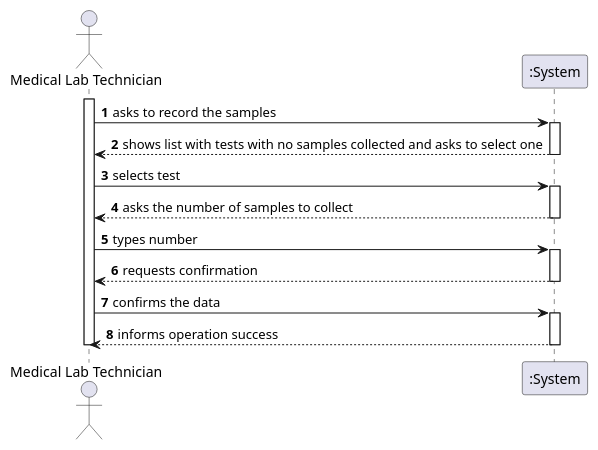
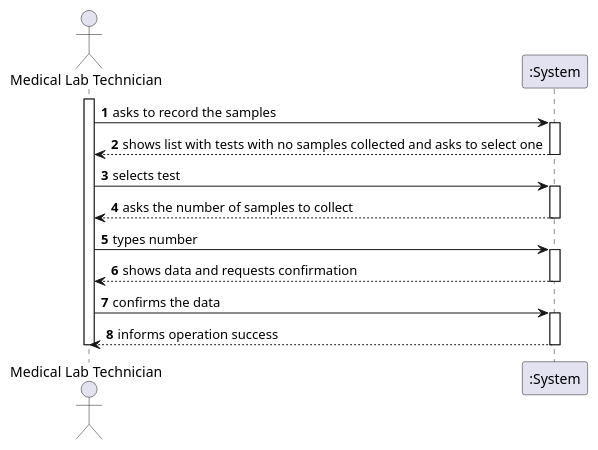
Before and after one commit to ana-albergaria/LAPR2-ISEP: the diagram in docs/SprintC/US_5/US5_SSD.puml, drawn with PlantUML. The commit also changed 3 other files, not shown here.

Commit message:
US5 - Doing Class Diagram

```diff
--- a/docs/SprintC/US_5/US5_SSD.puml
+++ b/docs/SprintC/US_5/US5_SSD.puml
@@ -1,32 +1,32 @@
 @startuml
 
 autonumber
 actor "Medical Lab Technician" as MLT
 
 activate MLT
 MLT -> ":System" : asks to record the samples
 /'Here below'/
 activate ":System"
 ":System" --> MLT : shows list with tests with no samples collected and asks to select one
 deactivate ":System"
 
 MLT -> ":System" : selects test
 activate ":System"
 
 ":System" --> MLT : asks the number of samples to collect
 deactivate ":System"
 
 MLT -> ":System" : types number
 activate ":System"
 
-":System" --> MLT : requests confirmation
+":System" --> MLT : shows data and requests confirmation
 deactivate ":System"
 
 MLT -> ":System" : confirms the data
 activate ":System"
 ":System" --> MLT : informs operation success
 deactivate ":System"
 
 deactivate MLT
 
 @enduml
```
